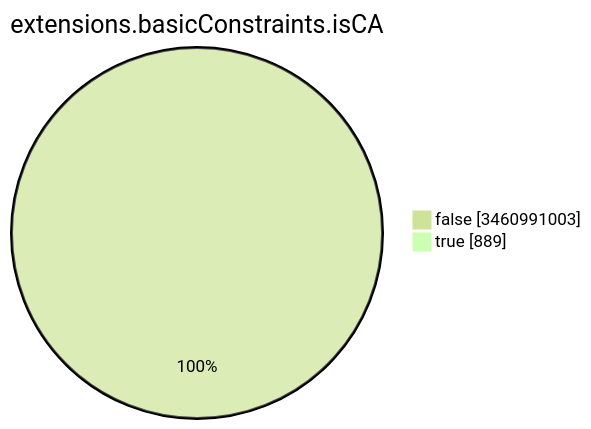
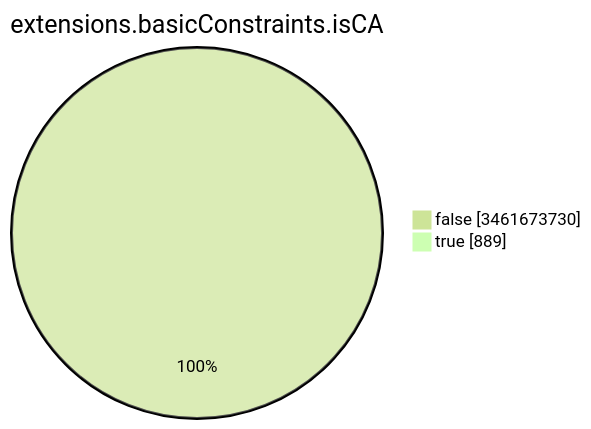
One commit to christiankrug/ctmonitor_visualization changed the seventh of 15 diagrams in TOTAL/README.md. Above: the diagram before and after it, drawn with Mermaid (forest theme). The commit also changed other lines of this file, not shown here.

````diff
--- a/TOTAL/README.md
+++ b/TOTAL/README.md
@@ -3093,6 +3093,6 @@
 ```mermaid
 pie showData
 title extensions.basicConstraints.isCA
-"false" :3460991003
+"false" :3461673730
 "true" :889
 ```
````
